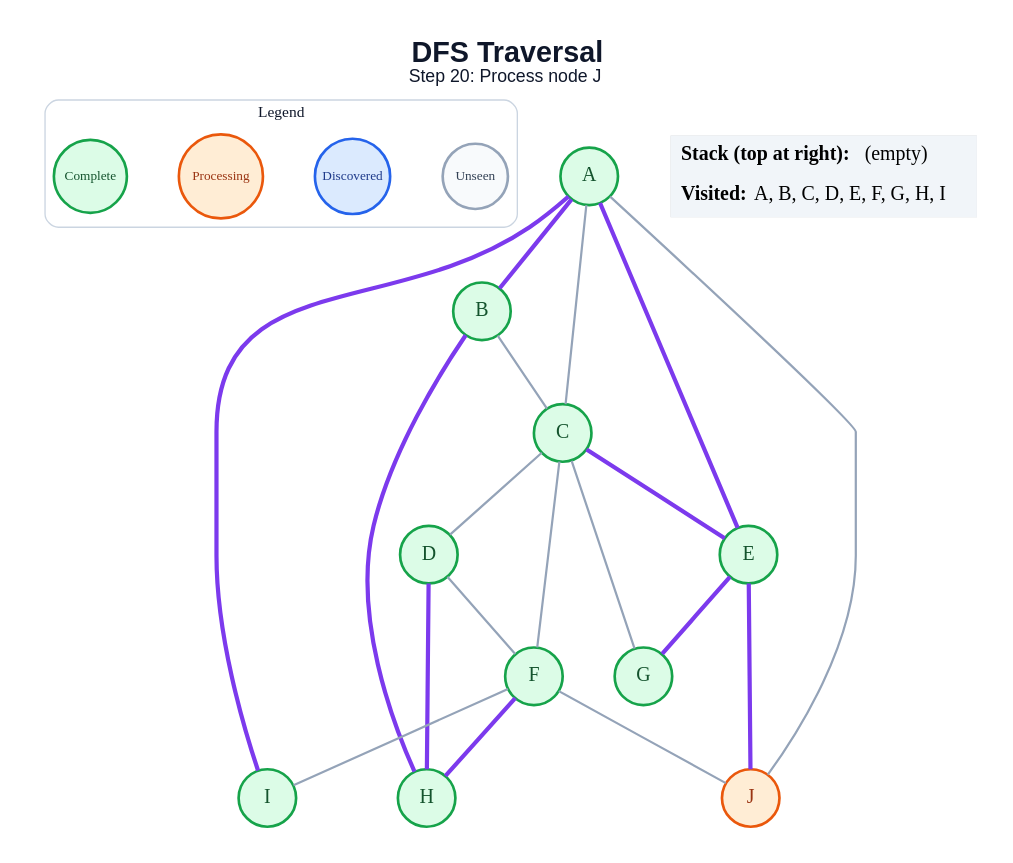
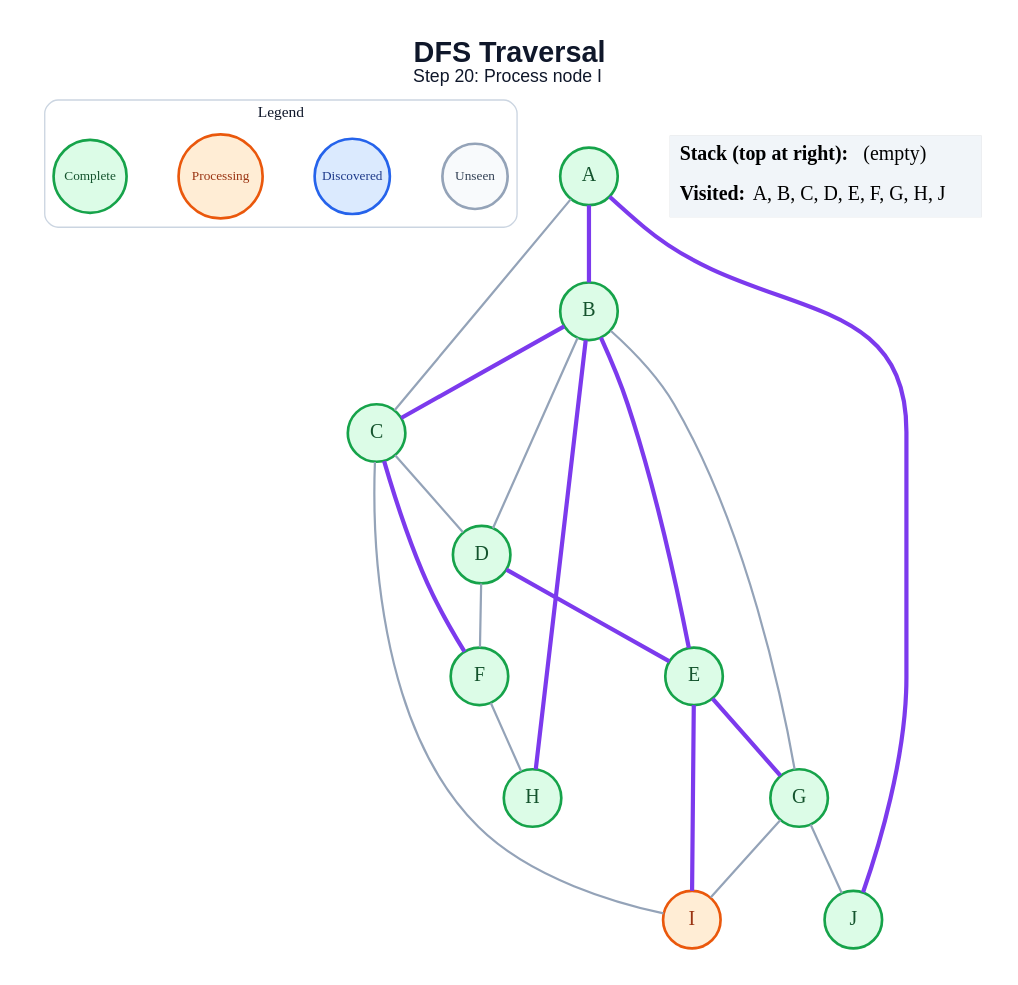
The diagram in generated/specific-node/dfs/step_20.dot (amanghodawala9/ai-slop), drawn with Graphviz before and after one commit. The commit also changed 178 other files, not shown here.

```diff
--- a/generated/specific-node/dfs/step_20.dot
+++ b/generated/specific-node/dfs/step_20.dot
@@ -1,47 +1,47 @@
 graph traversal {
   graph [layout=dot, rankdir=TB, bgcolor="#FFFFFF", pad="0.35", nodesep="0.65", ranksep="0.8", fontname="Arial"];
   node [shape=circle, style="filled", fontname="Arial Bold", fontsize=18, width=0.72, fixedsize=true, penwidth=2.4];
   edge [color="#94A3B8", penwidth=2.0];
-  label=<<B>DFS Traversal</B><BR/><FONT POINT-SIZE="16">Step 20: Process node J</FONT>>; labelloc="t"; fontsize=26; fontname="Arial"; fontcolor="#0F172A";
+  label=<<B>DFS Traversal</B><BR/><FONT POINT-SIZE="16">Step 20: Process node I</FONT>>; labelloc="t"; fontsize=26; fontname="Arial"; fontcolor="#0F172A";
   subgraph cluster_legend { label="Legend"; color="#CBD5E1"; penwidth=1.2; style="rounded"; fontsize=14; fontname="Arial Bold";
     key_unseen [label="Unseen", fillcolor="#F8FAFC", color="#94A3B8", fontcolor="#334155", fontsize=12, width=0.82];
     key_frontier [label="Discovered", fillcolor="#DBEAFE", color="#2563EB", fontcolor="#1E3A8A", fontsize=12, width=0.95];
     key_current [label="Processing", fillcolor="#FFEDD5", color="#EA580C", fontcolor="#9A3412", fontsize=12, width=1.05];
     key_done [label="Complete", fillcolor="#DCFCE7", color="#16A34A", fontcolor="#14532D", fontsize=12, width=0.92];
     { rank=same; key_unseen; key_frontier; key_current; key_done; }
   }
   A [fillcolor="#DCFCE7", color="#16A34A", fontcolor="#14532D"];
   B [fillcolor="#DCFCE7", color="#16A34A", fontcolor="#14532D"];
   C [fillcolor="#DCFCE7", color="#16A34A", fontcolor="#14532D"];
   D [fillcolor="#DCFCE7", color="#16A34A", fontcolor="#14532D"];
   E [fillcolor="#DCFCE7", color="#16A34A", fontcolor="#14532D"];
   F [fillcolor="#DCFCE7", color="#16A34A", fontcolor="#14532D"];
   G [fillcolor="#DCFCE7", color="#16A34A", fontcolor="#14532D"];
   H [fillcolor="#DCFCE7", color="#16A34A", fontcolor="#14532D"];
-  I [fillcolor="#DCFCE7", color="#16A34A", fontcolor="#14532D"];
-  J [fillcolor="#FFEDD5", color="#EA580C", fontcolor="#9A3412"];
+  I [fillcolor="#FFEDD5", color="#EA580C", fontcolor="#9A3412"];
+  J [fillcolor="#DCFCE7", color="#16A34A", fontcolor="#14532D"];
   A -- B [color="#7C3AED", penwidth=3.8];
   A -- C;
-  A -- E [color="#7C3AED", penwidth=3.8];
-  A -- I [color="#7C3AED", penwidth=3.8];
-  A -- J;
-  B -- C;
+  A -- J [color="#7C3AED", penwidth=3.8];
+  B -- C [color="#7C3AED", penwidth=3.8];
+  B -- D;
+  B -- E [color="#7C3AED", penwidth=3.8];
+  B -- G;
   B -- H [color="#7C3AED", penwidth=3.8];
   C -- D;
-  C -- E [color="#7C3AED", penwidth=3.8];
-  C -- F;
-  C -- G;
+  C -- F [color="#7C3AED", penwidth=3.8];
+  C -- I;
+  D -- E [color="#7C3AED", penwidth=3.8];
   D -- F;
-  D -- H [color="#7C3AED", penwidth=3.8];
   E -- G [color="#7C3AED", penwidth=3.8];
-  E -- J [color="#7C3AED", penwidth=3.8];
-  F -- H [color="#7C3AED", penwidth=3.8];
-  F -- I;
-  F -- J;
+  E -- I [color="#7C3AED", penwidth=3.8];
+  F -- H;
+  G -- I;
+  G -- J;
   status [shape=plain, fixedsize=false, width=0, height=0, margin=0, label=<
     <TABLE BORDER="0" CELLBORDER="0" CELLPADDING="7" BGCOLOR="#F1F5F9">
       <TR><TD ALIGN="LEFT"><B>Stack (top at right):</B> (empty)</TD></TR>
-      <TR><TD ALIGN="LEFT"><B>Visited:</B> A, B, C, D, E, F, G, H, I</TD></TR>
+      <TR><TD ALIGN="LEFT"><B>Visited:</B> A, B, C, D, E, F, G, H, J</TD></TR>
     </TABLE>
   >];
 }
```
